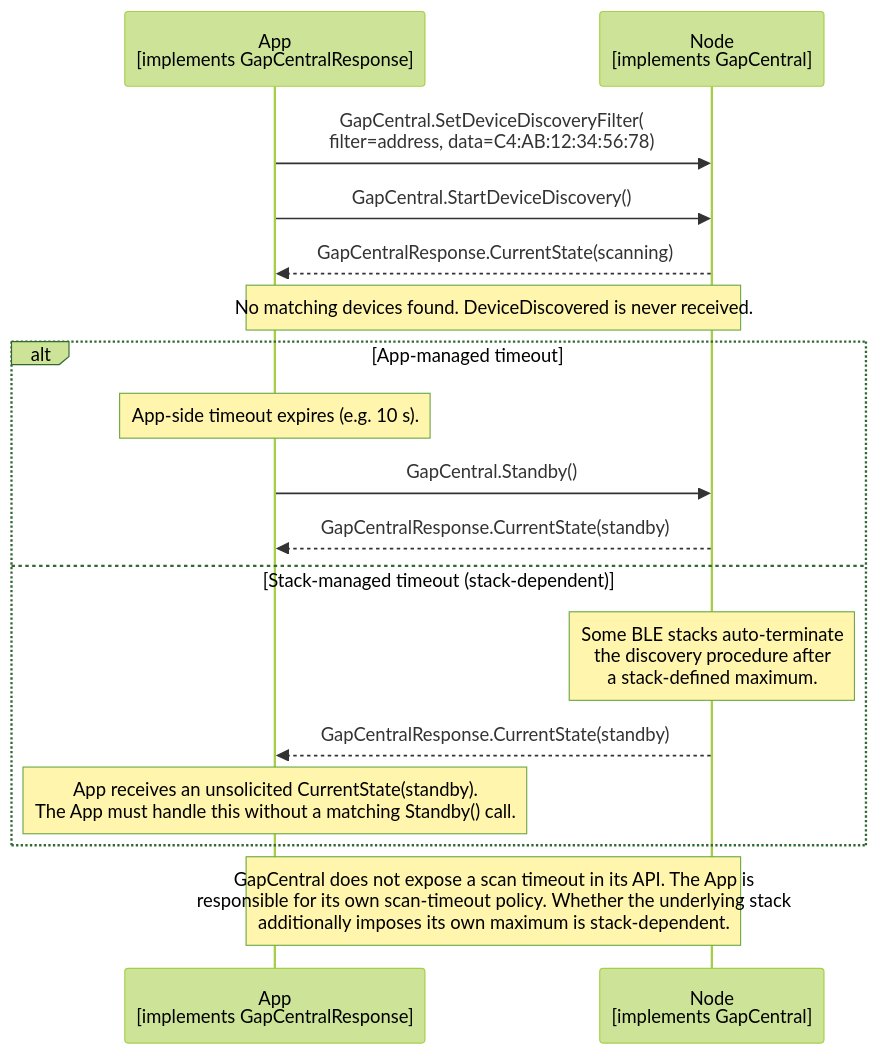
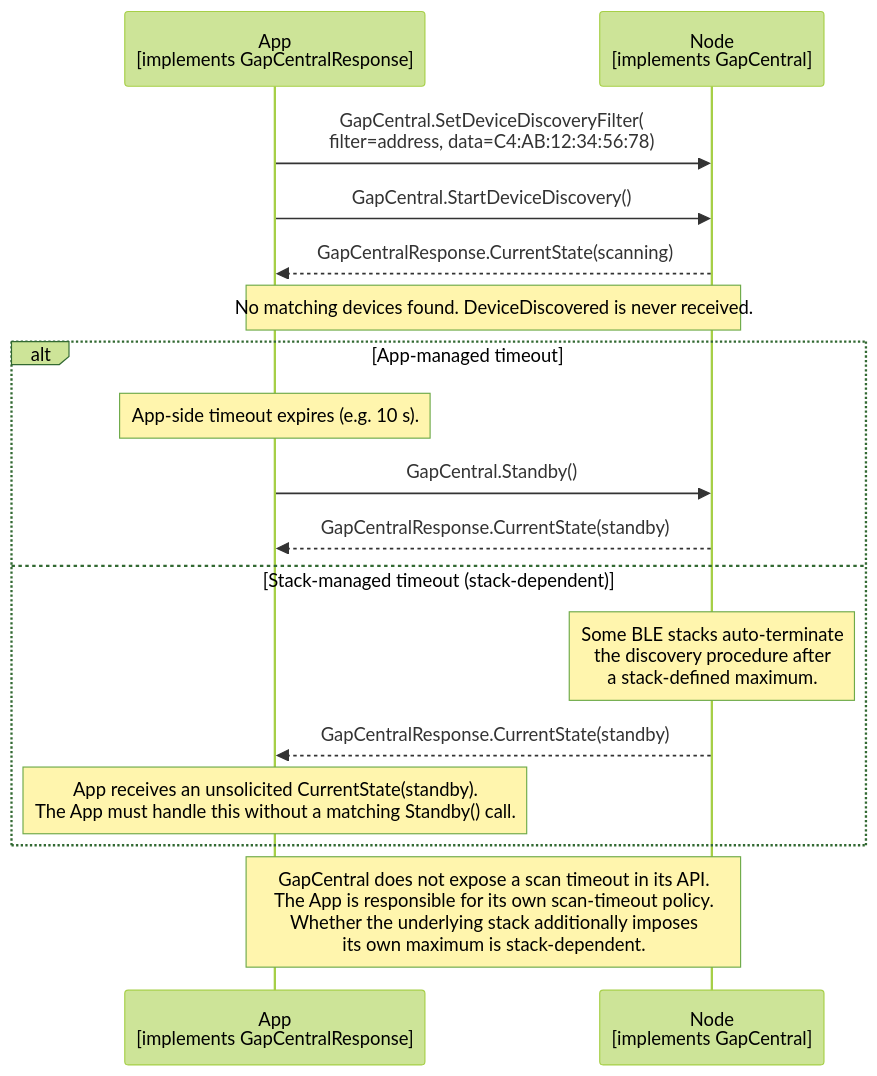
The diagram in documents/modules/ROOT/partials/echoservices/gap_central/GapCentral_DiscoveryTimeout_sequence.mmd (philips-software/amp-embedded-infra-lib), drawn with Mermaid (forest theme) before and after one commit. The commit also changed 5 other files, not shown here.

```diff
--- a/documents/modules/ROOT/partials/echoservices/gap_central/GapCentral_DiscoveryTimeout_sequence.mmd
+++ b/documents/modules/ROOT/partials/echoservices/gap_central/GapCentral_DiscoveryTimeout_sequence.mmd
@@ -1,21 +1,21 @@
 sequenceDiagram
     participant App as App<br>[implements GapCentralResponse]
     participant Node as Node<br>[implements GapCentral]
 
     App->>Node: GapCentral.SetDeviceDiscoveryFilter(<br>filter=address, data=C4:AB:12:34:56:78)
     App->>Node: GapCentral.StartDeviceDiscovery()
     Node-->>App: GapCentralResponse.CurrentState(scanning)
 
     Note over App, Node: No matching devices found. DeviceDiscovered is never received.
 
     alt App-managed timeout
         Note over App: App-side timeout expires (e.g. 10 s).
         App->>Node: GapCentral.Standby()
         Node-->>App: GapCentralResponse.CurrentState(standby)
     else Stack-managed timeout (stack-dependent)
         Note over Node: Some BLE stacks auto-terminate<br>the discovery procedure after<br>a stack-defined maximum.
         Node-->>App: GapCentralResponse.CurrentState(standby)
         Note over App: App receives an unsolicited CurrentState(standby).<br>The App must handle this without a matching Standby() call.
     end
 
-    Note over App, Node: GapCentral does not expose a scan timeout in its API. The App is<br>responsible for its own scan-timeout policy. Whether the underlying stack<br>additionally imposes its own maximum is stack-dependent.
+    Note over App, Node: GapCentral does not expose a scan timeout in its API.<br>The App is responsible for its own scan-timeout policy.<br>Whether the underlying stack additionally imposes<br>its own maximum is stack-dependent.
```
